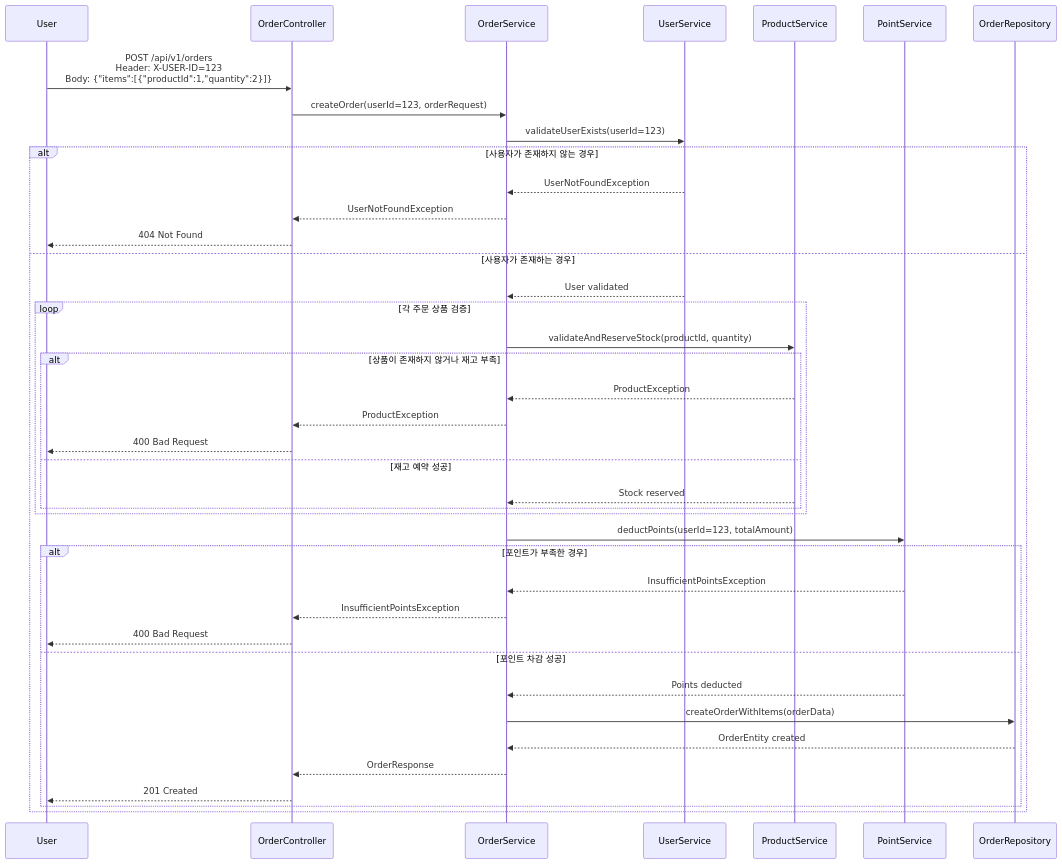
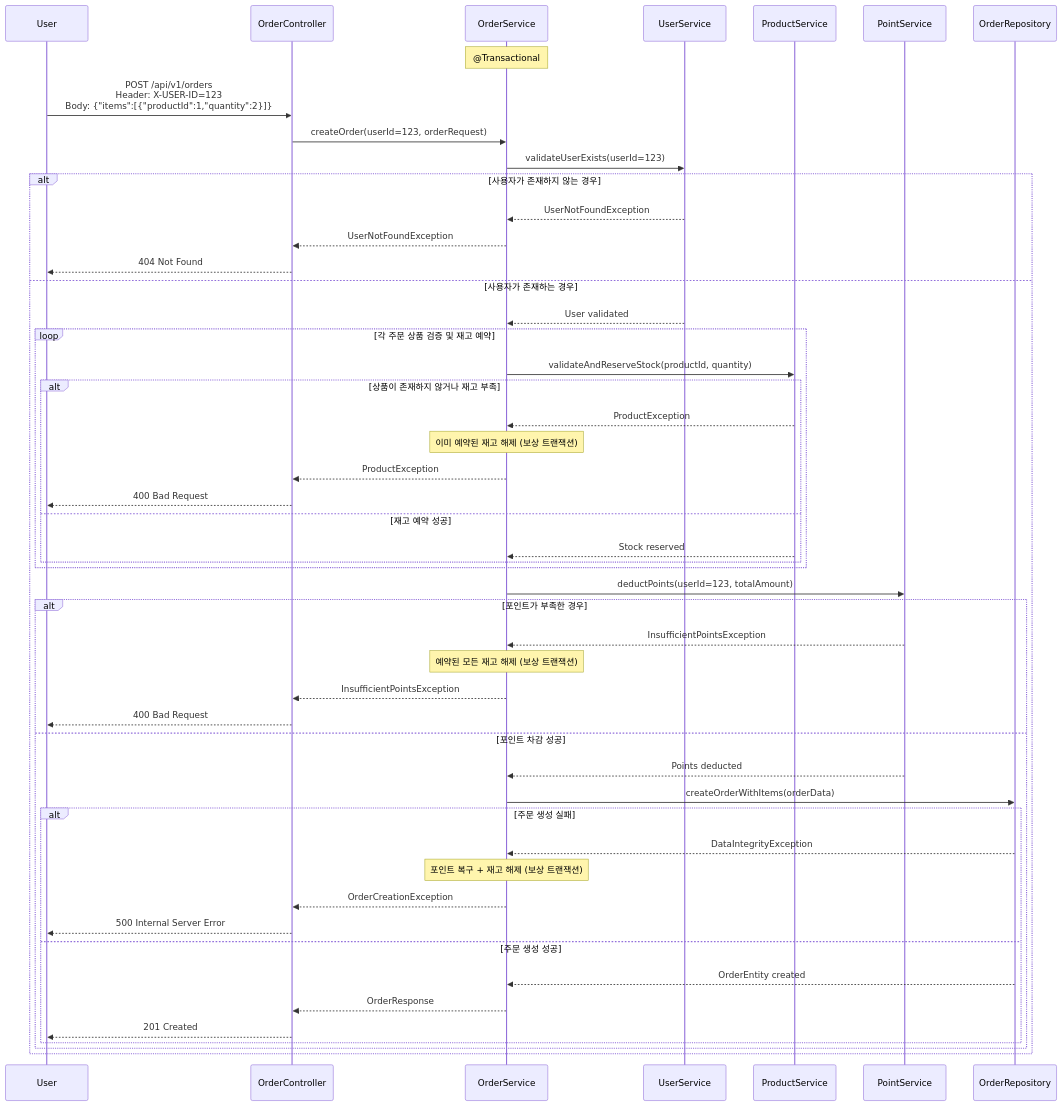
The eighth of 10 diagrams in docs/week2/02-sequence-diagrams.md (hyujikoh/loopers-spring-java-template), drawn with Mermaid before and after one commit. The commit also changed other lines of this file and 1 other file, not shown here.

Commit message:
docs(sequence-diagram): 주문 처리 원자성 보장 문서 추가
- 트랜잭션 전략에 대한 설명 추가
- 각 트랜잭션 실패 시 보상 처리 로직 명시
- 주문 생성 및 재고 예약 관련 메서드 설명 보강

````diff
--- a/docs/week2/02-sequence-diagrams.md
+++ b/docs/week2/02-sequence-diagrams.md
@@ -218,46 +218,57 @@
 ```mermaid
 sequenceDiagram
     participant User
     participant OrderController
     participant OrderService
     participant UserService
     participant ProductService
     participant PointService
     participant OrderRepository
+    
+    Note over OrderService: @Transactional
 
     User->>OrderController: POST /api/v1/orders<br/>Header: X-USER-ID=123<br/>Body: {"items":[{"productId":1,"quantity":2}]}
     OrderController->>OrderService: createOrder(userId=123, orderRequest)
     
     OrderService->>UserService: validateUserExists(userId=123)
     alt 사용자가 존재하지 않는 경우
         UserService-->>OrderService: UserNotFoundException
         OrderService-->>OrderController: UserNotFoundException
         OrderController-->>User: 404 Not Found
     else 사용자가 존재하는 경우
         UserService-->>OrderService: User validated
         
-        loop 각 주문 상품 검증
+        loop 각 주문 상품 검증 및 재고 예약
             OrderService->>ProductService: validateAndReserveStock(productId, quantity)
             alt 상품이 존재하지 않거나 재고 부족
                 ProductService-->>OrderService: ProductException
+                Note over OrderService: 이미 예약된 재고 해제 (보상 트랜잭션)
                 OrderService-->>OrderController: ProductException
                 OrderController-->>User: 400 Bad Request
             else 재고 예약 성공
                 ProductService-->>OrderService: Stock reserved
             end
         end
         
         OrderService->>PointService: deductPoints(userId=123, totalAmount)
         alt 포인트가 부족한 경우
             PointService-->>OrderService: InsufficientPointsException
+            Note over OrderService: 예약된 모든 재고 해제 (보상 트랜잭션)
             OrderService-->>OrderController: InsufficientPointsException
             OrderController-->>User: 400 Bad Request
         else 포인트 차감 성공
             PointService-->>OrderService: Points deducted
             OrderService->>OrderRepository: createOrderWithItems(orderData)
-            OrderRepository-->>OrderService: OrderEntity created
-            OrderService-->>OrderController: OrderResponse
-            OrderController-->>User: 201 Created
+            alt 주문 생성 실패
+                OrderRepository-->>OrderService: DataIntegrityException
+                Note over OrderService: 포인트 복구 + 재고 해제 (보상 트랜잭션)
+                OrderService-->>OrderController: OrderCreationException
+                OrderController-->>User: 500 Internal Server Error
+            else 주문 생성 성공
+                OrderRepository-->>OrderService: OrderEntity created
+                OrderService-->>OrderController: OrderResponse
+                OrderController-->>User: 201 Created
+            end
         end
     end
 ```
````
